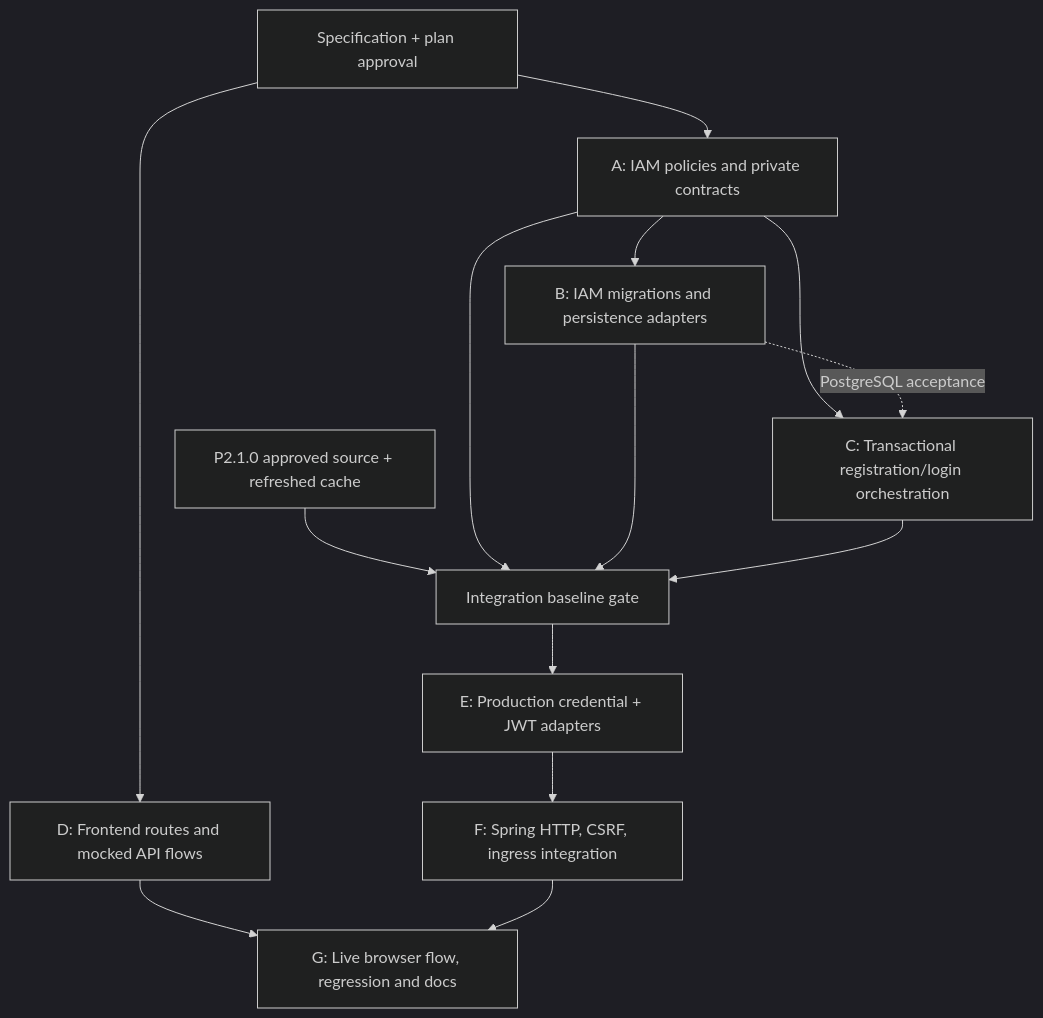
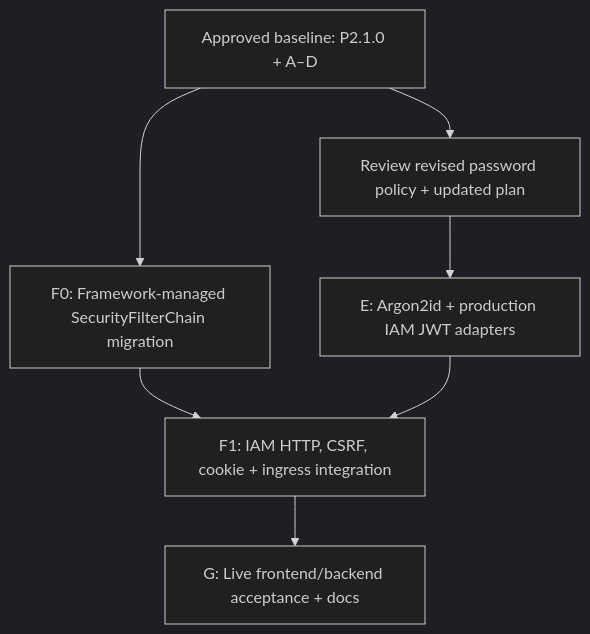
Before and after one commit to frederik-hoeft/min-favs-sharewise: the diagram in docs/internal/tasks/p2.1a-registration-auth/plan.md, drawn with Mermaid (dark theme). The commit also changed other lines of this file and 3 other files, not shown here.

Commit message:
P2.1a: Reconcile approved foundation and Argon2id integration plan

````diff
--- a/docs/internal/tasks/p2.1a-registration-auth/plan.md
+++ b/docs/internal/tasks/p2.1a-registration-auth/plan.md
@@ -14,16 +14,9 @@
 ```mermaid
 flowchart TD
-    R["Specification + plan approval"] --> A["A: IAM policies and private contracts"]
-    A --> B["B: IAM migrations and persistence adapters"]
-    A --> C["C: Transactional registration/login orchestration"]
-    B -.->|PostgreSQL acceptance| C
-    R --> D["D: Frontend routes and mocked API flows"]
-    X["P2.1.0 approved source + refreshed cache"] --> I["Integration baseline gate"]
-    A --> I
-    B --> I
-    C --> I
-    I --> E["E: Production credential + JWT adapters"]
-    E --> F["F: Spring HTTP, CSRF, ingress integration"]
-    D --> G["G: Live browser flow, regression and docs"]
-    F --> G
+    B["Approved baseline: P2.1.0 + A–D"] --> P["Review revised password policy + updated plan"]
+    P --> E["E: Argon2id + production IAM JWT adapters"]
+    B --> F0["F0: Framework-managed SecurityFilterChain migration"]
+    F0 --> F1["F1: IAM HTTP, CSRF, cookie + ingress integration"]
+    E --> F1
+    F1 --> G["G: Live frontend/backend acceptance + docs"]
 ```
````
